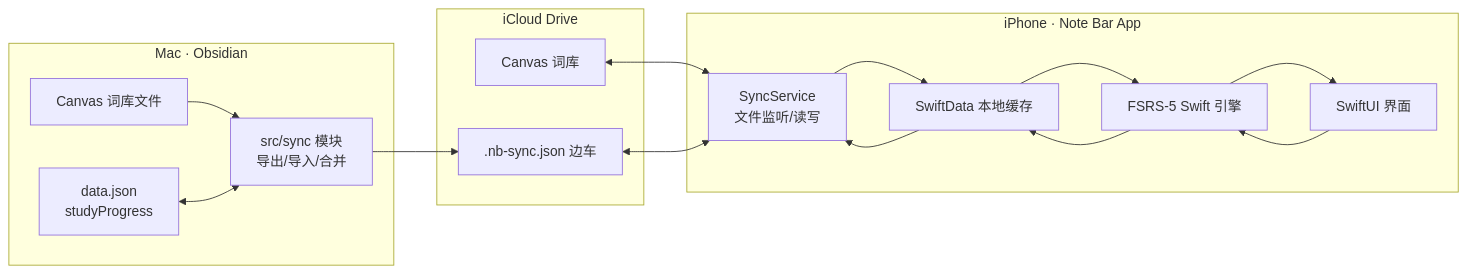
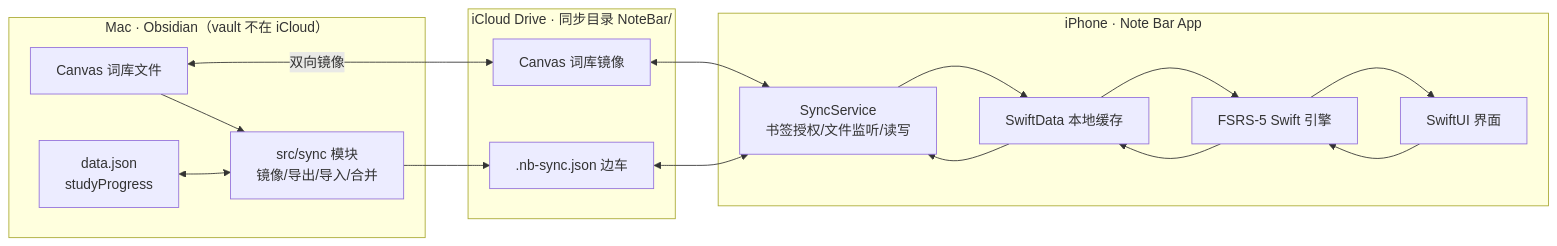
Before and after one commit to sumMer-ok/note-bar: the diagram in docs/superpowers/specs/2026-08-14-note-bar-ios-sync-design.md, drawn with Mermaid. The commit also changed other lines of this file, not shown here.

````diff
--- a/docs/superpowers/specs/2026-08-14-note-bar-ios-sync-design.md
+++ b/docs/superpowers/specs/2026-08-14-note-bar-ios-sync-design.md
@@ -92,24 +132,25 @@
 ```mermaid
 flowchart LR
-    subgraph Mac["Mac · Obsidian"]
+    subgraph Mac["Mac · Obsidian（vault 不在 iCloud）"]
         V[Canvas 词库文件]
         D[data.json<br/>studyProgress]
-        S[src/sync 模块<br/>导出/导入/合并]
+        S[src/sync 模块<br/>镜像/导出/导入/合并]
     end
-    subgraph Cloud["iCloud Drive"]
-        C[Canvas 词库]
+    subgraph Cloud["iCloud Drive · 同步目录 NoteBar/"]
+        C[Canvas 词库镜像]
         F[.nb-sync.json 边车]
     end
     subgraph Phone["iPhone · Note Bar App"]
-        T[SyncService<br/>文件监听/读写]
+        T[SyncService<br/>书签授权/文件监听/读写]
         L[SwiftData 本地缓存]
         Fs[FSRS-5 Swift 引擎]
         U[SwiftUI 界面]
     end
+    V <-->|双向镜像| C
     V --> S --> F
     D <--> S
     C <--> T
     F <--> T
     T --> L --> Fs --> U
     U --> Fs --> L --> T
 ```
````
